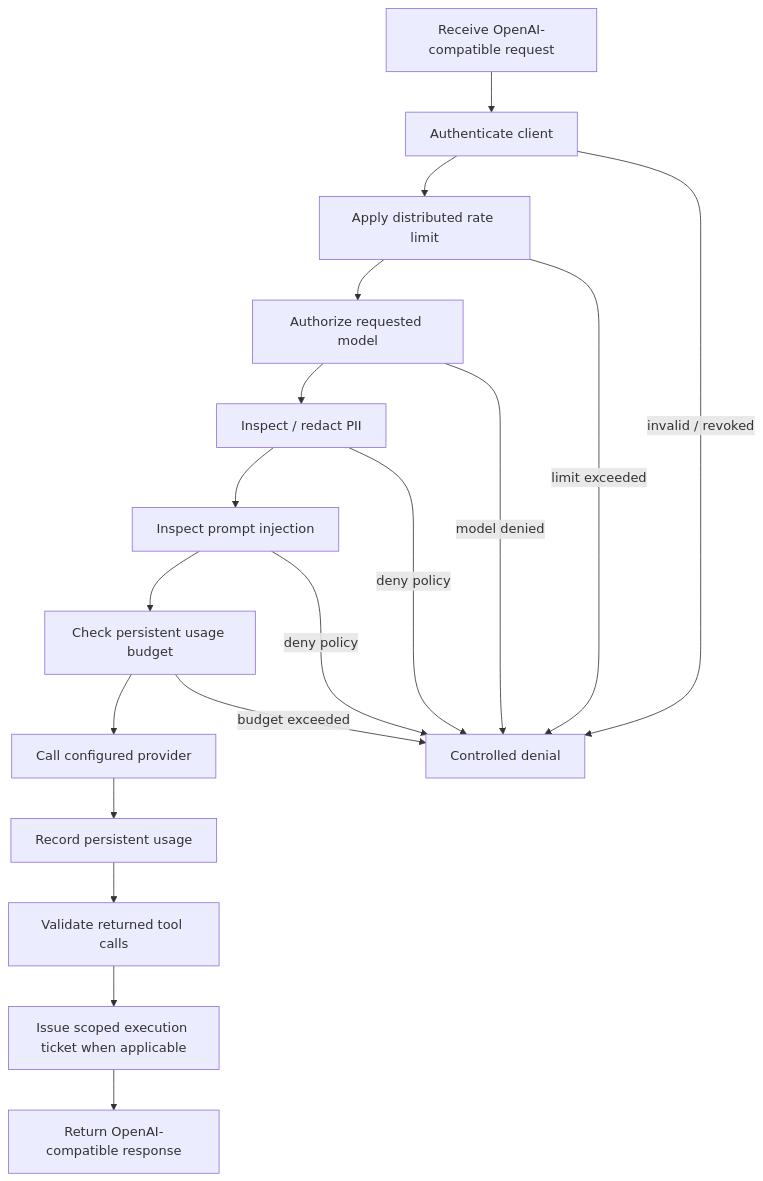
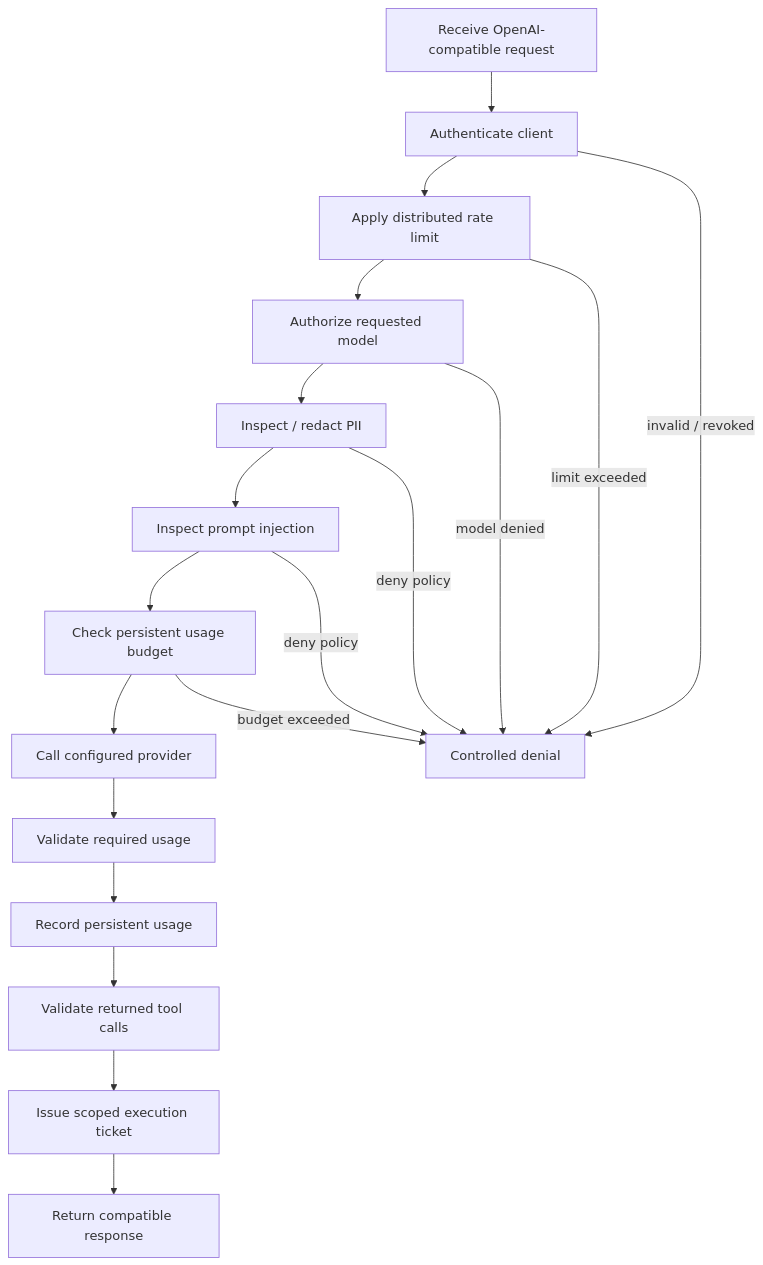
The second of 3 diagrams in docs/architecture.md (joshuabisdorf/Secure-AI-Gateway), drawn with Mermaid before and after one commit. The commit also changed other lines of this file, not shown here.

Commit message:
Update M12 architecture and trust boundaries

````diff
--- a/docs/architecture.md
+++ b/docs/architecture.md
@@ -24,21 +28,22 @@
 ```mermaid
 flowchart TD
     A[Receive OpenAI-compatible request] --> B[Authenticate client]
     B --> C[Apply distributed rate limit]
     C --> D[Authorize requested model]
     D --> E[Inspect / redact PII]
     E --> F[Inspect prompt injection]
     F --> G[Check persistent usage budget]
     G --> H[Call configured provider]
-    H --> I[Record persistent usage]
-    I --> J[Validate returned tool calls]
-    J --> K[Issue scoped execution ticket when applicable]
-    K --> L[Return OpenAI-compatible response]
+    H --> I[Validate required usage]
+    I --> J[Record persistent usage]
+    J --> K[Validate returned tool calls]
+    K --> L[Issue scoped execution ticket]
+    L --> M[Return compatible response]
 
     B -->|invalid / revoked| X[Controlled denial]
     C -->|limit exceeded| X
     D -->|model denied| X
     E -->|deny policy| X
     F -->|deny policy| X
     G -->|budget exceeded| X
 ```
````
